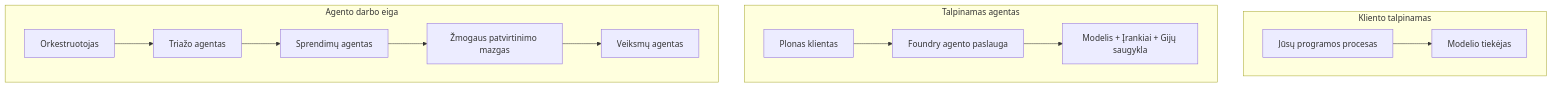
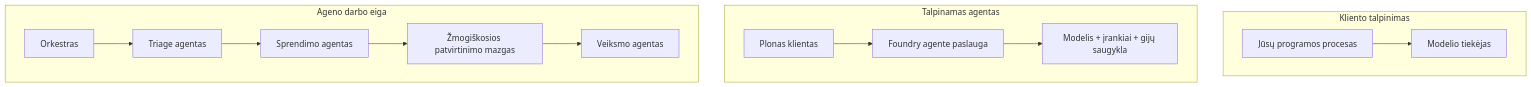
One commit to gabrielmoreira/agent-skills-mirror changed the first of 4 diagrams in mirrors/repos/microsoft@ai-agents-for-beginners/translations/lt/16-deploying-scalable-agents/README.md. Above: the diagram before and after it, drawn with Mermaid. The commit also changed other lines of this file and 4262 other files, not shown here.

````diff
--- a/mirrors/repos/microsoft@ai-agents-for-beginners/translations/lt/16-deploying-scalable-agents/README.md
+++ b/mirrors/repos/microsoft@ai-agents-for-beginners/translations/lt/16-deploying-scalable-agents/README.md
@@ -87,16 +87,16 @@
 ```mermaid
 flowchart TB
-    subgraph P1[Kliento talpinamas]
+    subgraph P1[Kliento talpinimas]
         A1[Jūsų programos procesas] --> M1[Modelio tiekėjas]
     end
     subgraph P2[Talpinamas agentas]
-        A2[Plonas klientas] --> F2[Foundry agento paslauga]
-        F2 --> M2[Modelis + Įrankiai + Gijų saugykla]
+        A2[Plonas klientas] --> F2[Foundry agente paslauga]
+        F2 --> M2[Modelis + įrankiai + gijų saugykla]
     end
-    subgraph P3[Agento darbo eiga]
-        A3[Orkestruotojas] --> S1[Triažo agentas]
-        S1 --> S2[Sprendimų agentas]
-        S2 --> H[Žmogaus patvirtinimo mazgas]
-        H --> S3[Veiksmų agentas]
+    subgraph P3[Ageno darbo eiga]
+        A3[Orkestras] --> S1[Triage agentas]
+        S1 --> S2[Sprendimo agentas]
+        S2 --> H[Žmogiškosios patvirtinimo mazgas]
+        H --> S3[Veiksmo agentas]
     end
 ```
````
